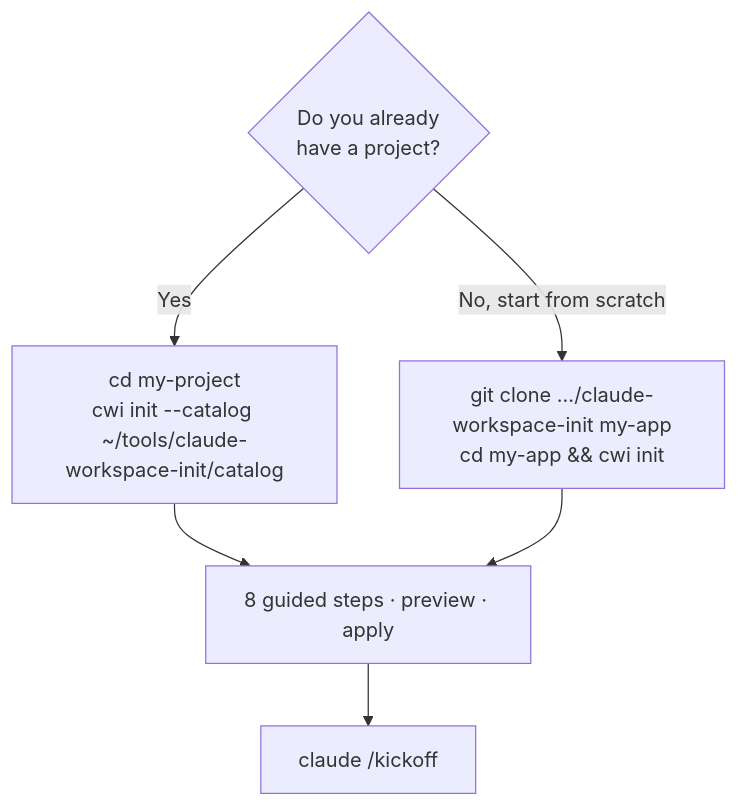
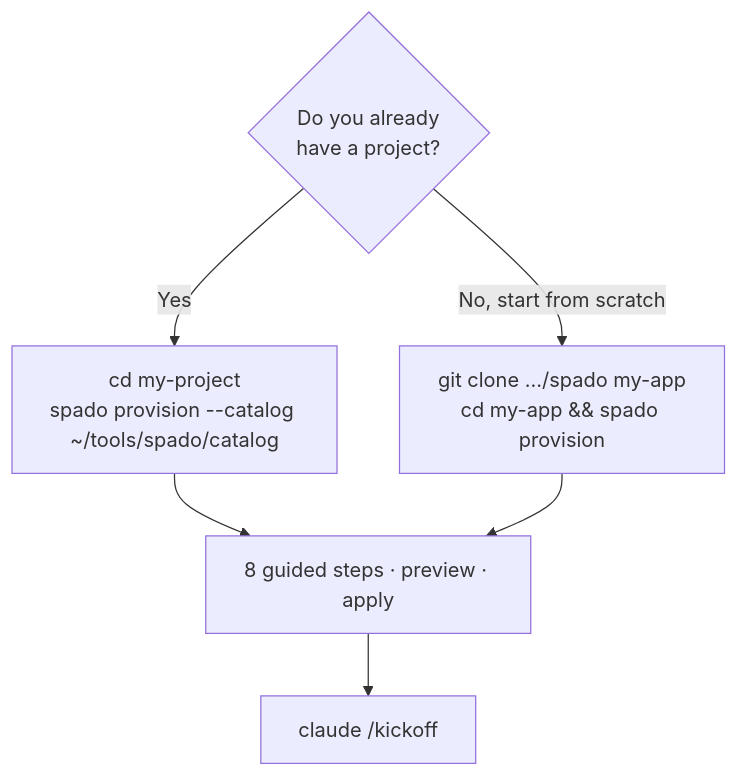
Before and after one commit to pol5coma/claude-workspace-init: the first of 4 diagrams in USAGE.md, drawn with Mermaid. The commit also changed other lines of this file, not shown here.

Commit message:
docs: update modular provisioning and usage guide for SPADO

````diff
--- a/USAGE.md
+++ b/USAGE.md
@@ -41,9 +43,9 @@
 ```mermaid
 flowchart TD
     Q{"Do you already<br/>have a project?"}
-    Q -- "Yes" --> A["cd my-project<br/>cwi init --catalog ~/tools/claude-workspace-init/catalog"]
-    Q -- "No, start from scratch" --> B["git clone …/claude-workspace-init my-app<br/>cd my-app && cwi init"]
+    Q -- "Yes" --> A["cd my-project<br/>spado provision --catalog ~/tools/spado/catalog"]
+    Q -- "No, start from scratch" --> B["git clone …/spado my-app<br/>cd my-app && spado provision"]
     A --> S["8 guided steps · preview · apply"]
     B --> S
     S --> K["claude /kickoff"]
 ```
````
